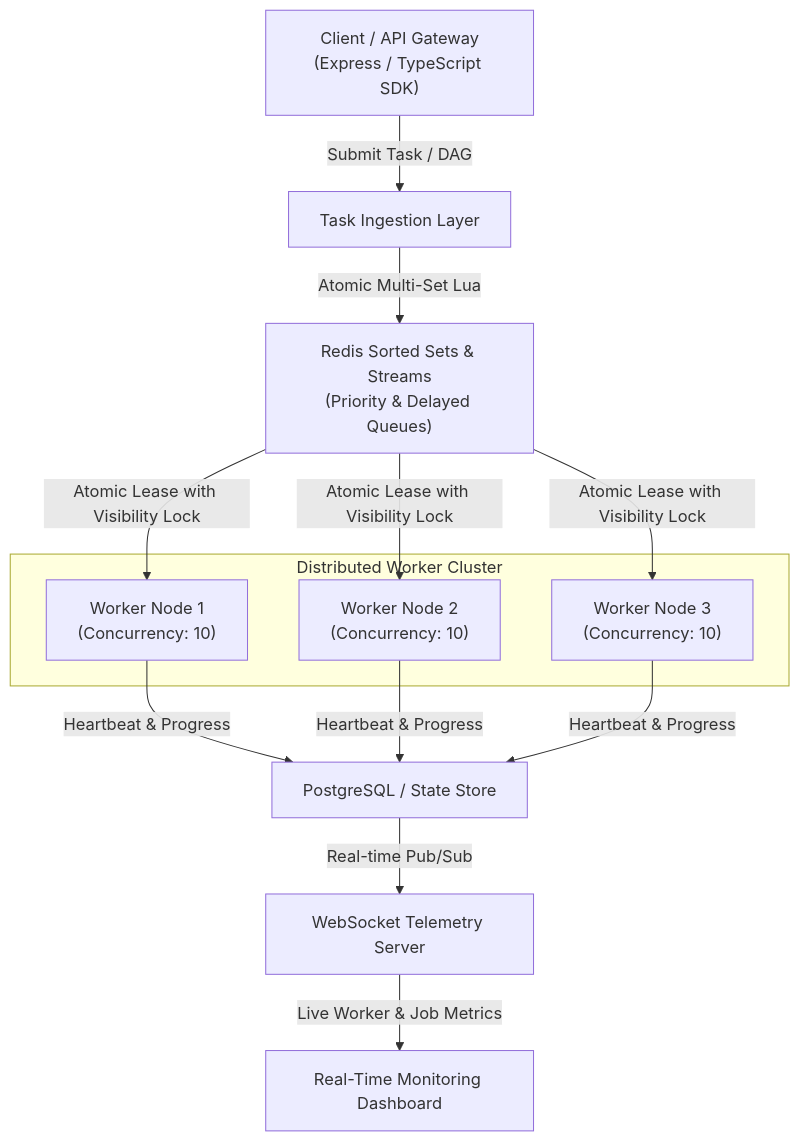
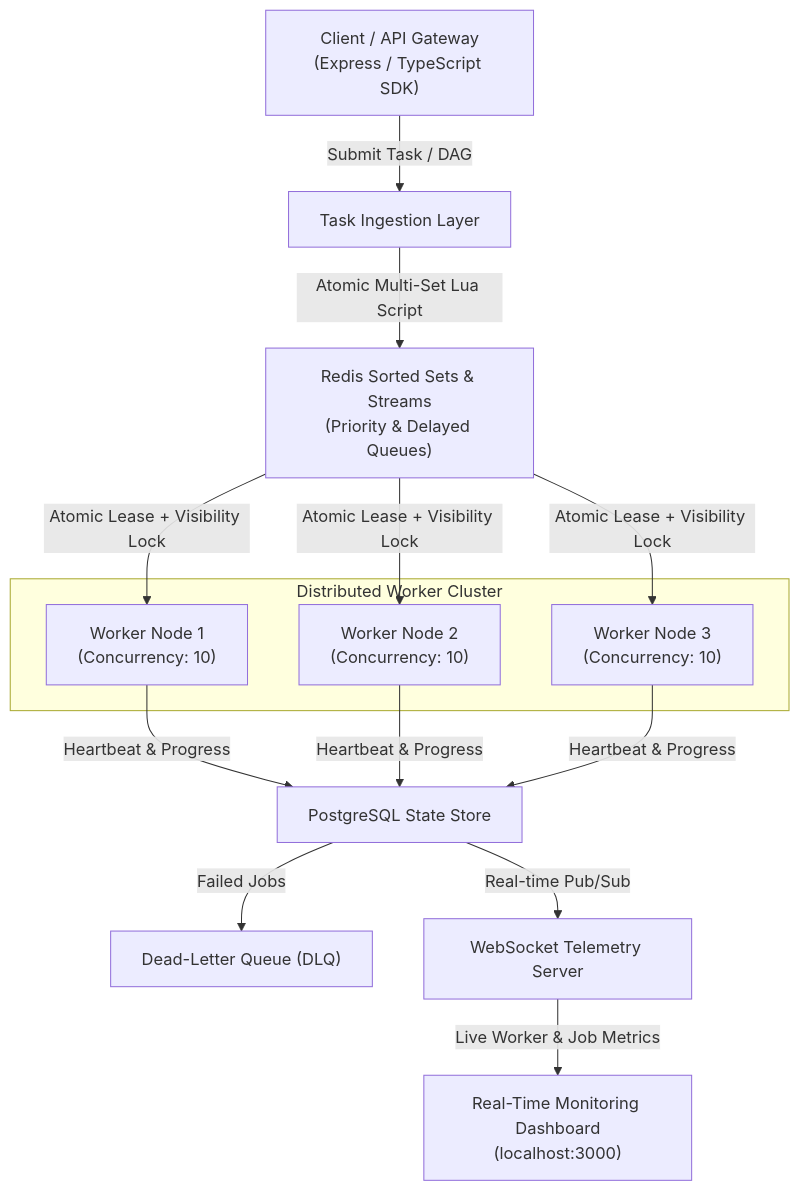
Before and after one commit to adityagupta2716-hub/hyperqueue: the diagram in README.md, drawn with Mermaid. The commit also changed other lines of this file, not shown here.

Commit message:
docs: modernize and polish README with architecture diagram, benchmarks, and system design FAQ

````diff
--- a/README.md
+++ b/README.md
@@ -16,22 +19,23 @@
 ```mermaid
 flowchart TD
     Client["Client / API Gateway\n(Express / TypeScript SDK)"] -->|Submit Task / DAG| Producer["Task Ingestion Layer"]
-    Producer -->|Atomic Multi-Set Lua| RedisQueue["Redis Sorted Sets & Streams\n(Priority & Delayed Queues)"]
-    
-    subgraph "Distributed Worker Cluster"
+    Producer -->|Atomic Multi-Set Lua Script| RedisQueue["Redis Sorted Sets & Streams\n(Priority & Delayed Queues)"]
+
+    subgraph Workers["Distributed Worker Cluster"]
         W1["Worker Node 1\n(Concurrency: 10)"]
         W2["Worker Node 2\n(Concurrency: 10)"]
         W3["Worker Node 3\n(Concurrency: 10)"]
     end
-    
-    RedisQueue -->|Atomic Lease with Visibility Lock| W1
-    RedisQueue -->|Atomic Lease with Visibility Lock| W2
-    RedisQueue -->|Atomic Lease with Visibility Lock| W3
-    
-    W1 -->|Heartbeat & Progress| DB["PostgreSQL / State Store"]
+
+    RedisQueue -->|Atomic Lease + Visibility Lock| W1
+    RedisQueue -->|Atomic Lease + Visibility Lock| W2
+    RedisQueue -->|Atomic Lease + Visibility Lock| W3
+
+    W1 -->|Heartbeat & Progress| DB["PostgreSQL State Store"]
     W2 -->|Heartbeat & Progress| DB
     W3 -->|Heartbeat & Progress| DB
-    
+
+    DB -->|Failed Jobs| DLQ["Dead-Letter Queue (DLQ)"]
     DB -->|Real-time Pub/Sub| DashWS["WebSocket Telemetry Server"]
-    DashWS -->|Live Worker & Job Metrics| Dashboard["Real-Time Monitoring Dashboard"]
+    DashWS -->|Live Worker & Job Metrics| Dashboard["Real-Time Monitoring Dashboard\n(localhost:3000)"]
 ```
````
